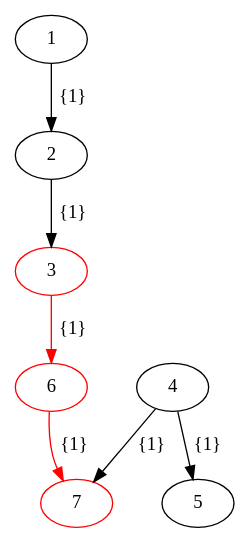
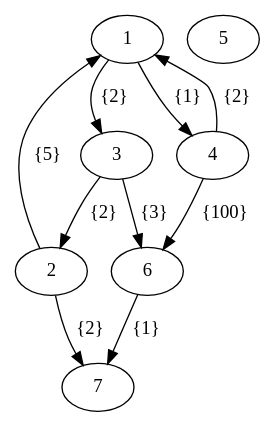
Before and after one commit to trueTema/lab_6: the diagram in lab_6/g.dot, drawn with Graphviz. The commit also changed 22 other files, not shown here.

```diff
--- a/lab_6/g.dot
+++ b/lab_6/g.dot
@@ -1,15 +1,18 @@
 digraph T {
 1 [];
 2 [];
-3 [color="red"];
+3 [];
 4 [];
 5 [];
-6 [color="red"];
-7 [color="red"];
-1->2 [label=" {1}"];
-2->3 [label=" {1}"];
-3->6 [color="red",label=" {1}"];
-4->5 [label=" {1}"];
-4->7 [label=" {1}"];
-6->7 [color="red",label=" {1}"];
+6 [];
+7 [];
+1->4 [label=" {1}"];
+6->7 [label=" {1}"];
+1->3 [label=" {2}"];
+2->7 [label=" {2}"];
+3->2 [label=" {2}"];
+4->1 [label=" {2}"];
+3->6 [label=" {3}"];
+2->1 [label=" {5}"];
+4->6 [label=" {100}"];
 }
```
